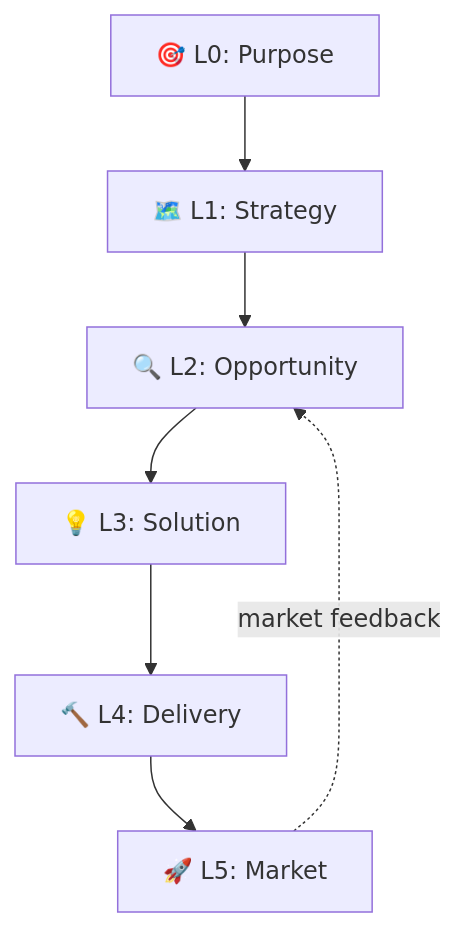
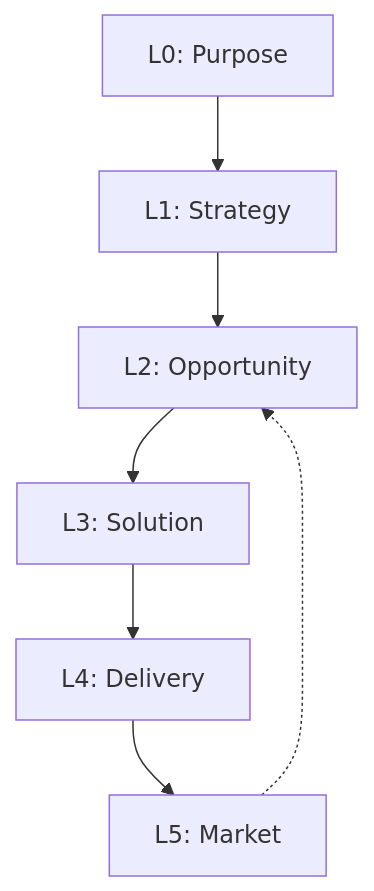
Before and after one commit to haabe/mycelium: the diagram in README.md, drawn with Mermaid. The commit also changed other lines of this file and 4 other files, not shown here.

````diff
--- a/README.md
+++ b/README.md
@@ -66,11 +111,11 @@
 ```mermaid
 graph TD
-    L0["🎯 L0: Purpose"]
-    L1["🗺️ L1: Strategy"]
-    L2["🔍 L2: Opportunity"]
-    L3["💡 L3: Solution"]
-    L4["🔨 L4: Delivery"]
-    L5["🚀 L5: Market"]
+    L0["L0: Purpose"]
+    L1["L1: Strategy"]
+    L2["L2: Opportunity"]
+    L3["L3: Solution"]
+    L4["L4: Delivery"]
+    L5["L5: Market"]
     L0 --> L1 --> L2 --> L3 --> L4 --> L5
-    L5 -.->|"market feedback"| L2
+    L5 -.-> L2
 ```
````
